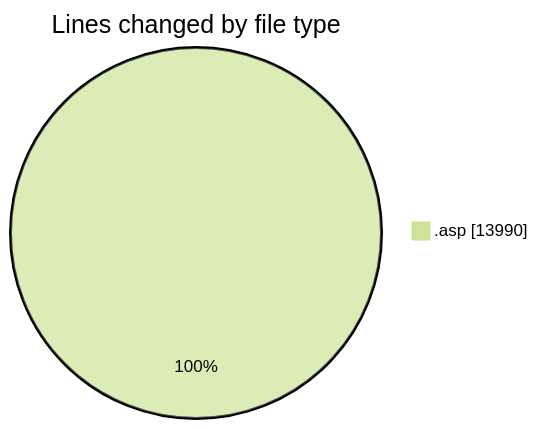
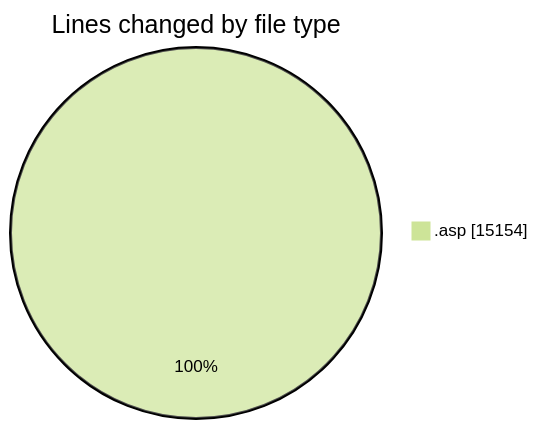
One commit to julien-gomy/code-tracking changed the first of 2 diagrams in 2025-11-14/cdp_aleoudev_fr__workspace_/README.md. Above: the diagram before and after it, drawn with Mermaid (forest theme). The commit also changed other lines of this file and 1 other file, not shown here.

````diff
--- a/2025-11-14/cdp_aleoudev_fr__workspace_/README.md
+++ b/2025-11-14/cdp_aleoudev_fr__workspace_/README.md
@@ -23,5 +24,5 @@
 ```mermaid
 pie showData
 title Lines changed by file type
-".asp" : 13990
+".asp" : 15154
 ```
````
